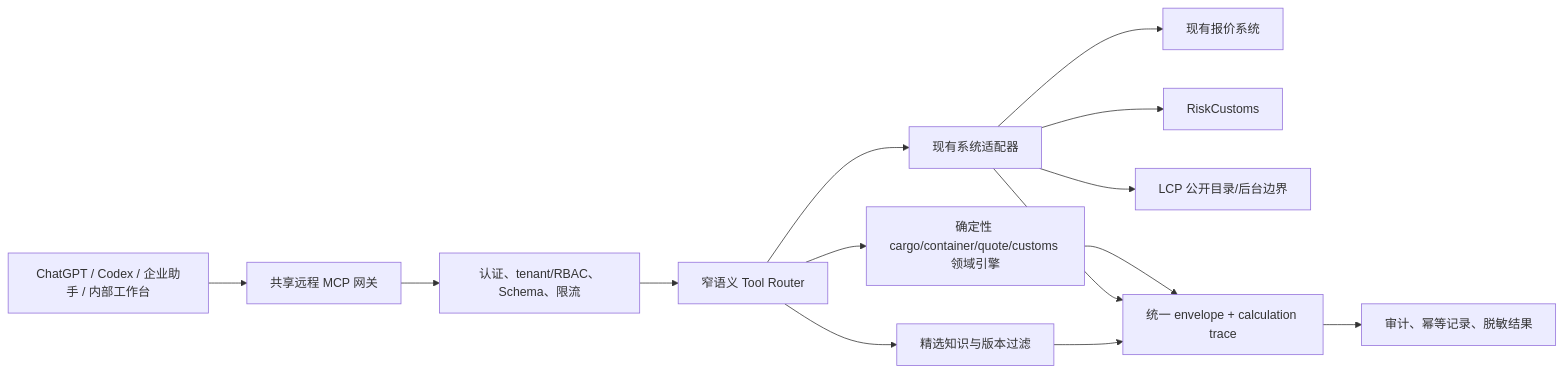
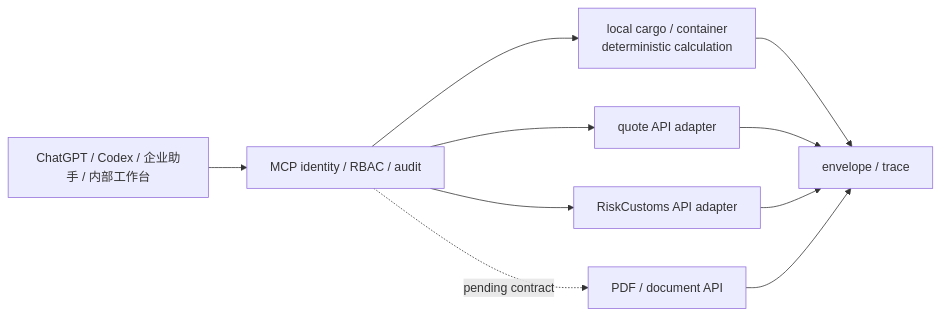
Before and after one commit to zqj372-ops/cross-border-logistics-mcp: the diagram in docs/product/2026-08-11-cross-border-logistics-mcp-product-implementation.md, drawn with Mermaid. The commit also changed other lines of this file and 12 other files, not shown here.

Commit message:
docs: align MCP documentation with API integration

````diff
--- a/docs/product/2026-08-11-cross-border-logistics-mcp-product-implementation.md
+++ b/docs/product/2026-08-11-cross-border-logistics-mcp-product-implementation.md
@@ -96,16 +19,12 @@
 ```mermaid
 flowchart LR
-  C["ChatGPT / Codex / 企业助手 / 内部工作台"] --> G["共享远程 MCP 网关"]
-  G --> A["认证、tenant/RBAC、Schema、限流"]
-  A --> T["窄语义 Tool Router"]
-  T --> D["确定性 cargo/container/quote/customs 领域引擎"]
-  T --> X["现有系统适配器"]
-  T --> K["精选知识与版本过滤"]
-  X --> Q["现有报价系统"]
-  X --> R["RiskCustoms"]
-  X --> L["LCP 公开目录/后台边界"]
-  D --> E["统一 envelope + calculation trace"]
-  X --> E
-  K --> E
-  E --> U["审计、幂等记录、脱敏结果"]
+  C["ChatGPT / Codex / 企业助手 / 内部工作台"] --> I["MCP identity / RBAC / audit"]
+  I --> L["local cargo / container\ndeterministic calculation"]
+  I --> Q["quote API adapter"]
+  I --> R["RiskCustoms API adapter"]
+  I -. "pending contract" .-> P["PDF / document API"]
+  L --> E["envelope / trace"]
+  Q --> E
+  R --> E
+  P --> E
 ```
````
